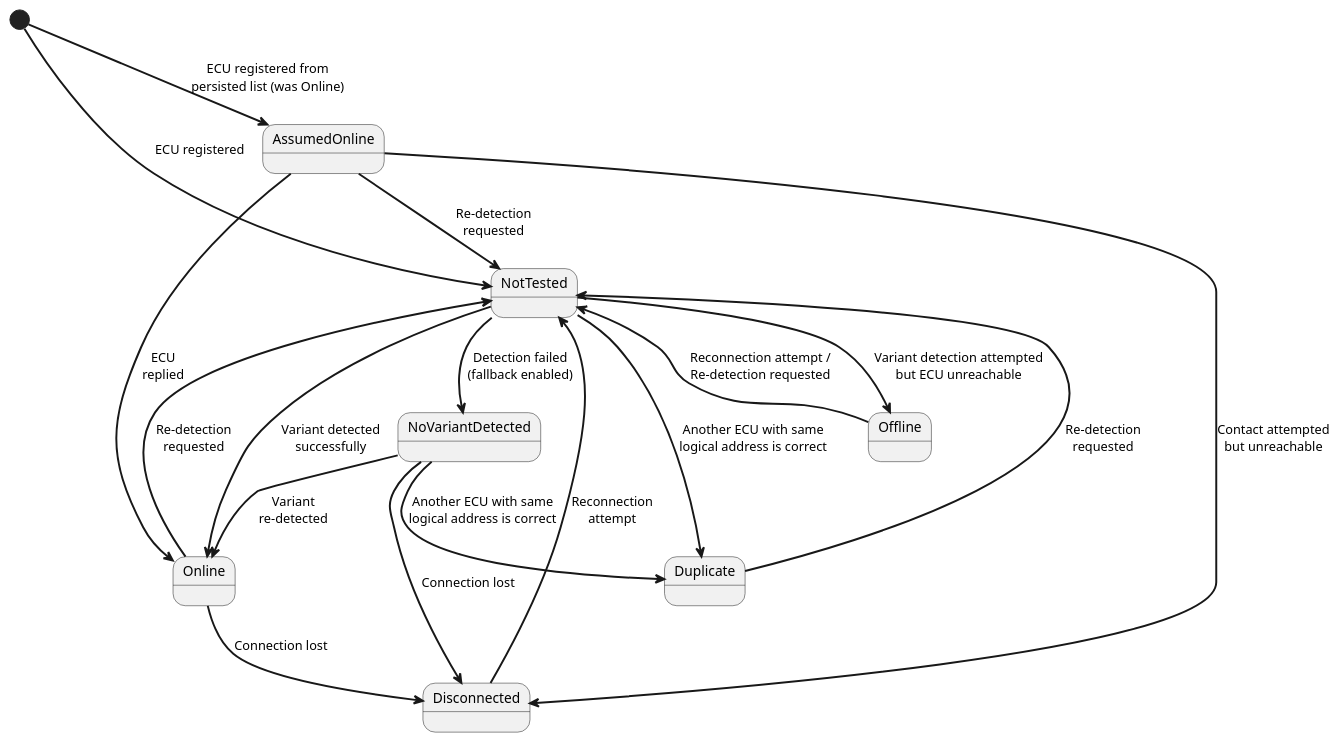
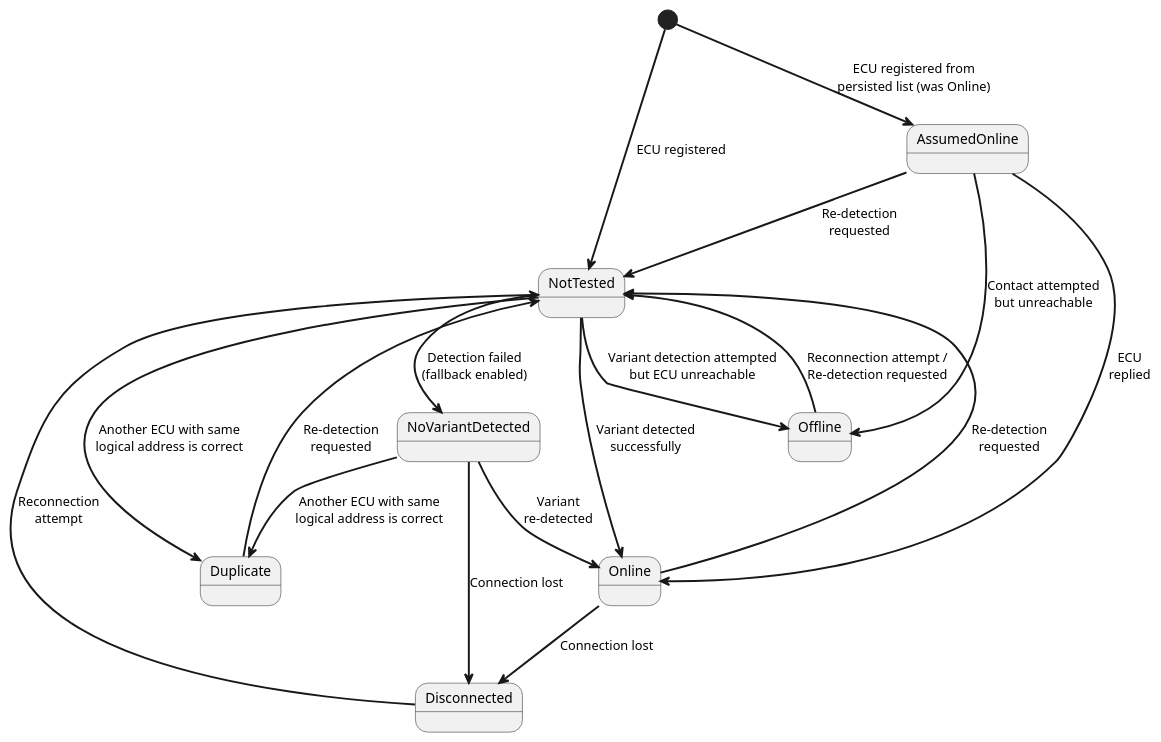
Before and after one commit to eclipse-opensovd/classic-diagnostic-adapter: the second of 2 diagrams in docs/02_requirements/03_diagnostic_tester.rst, drawn with PlantUML. The commit also changed other lines of this file and 78 other files, not shown here.

```diff
--- a/docs/02_requirements/03_diagnostic_tester.rst
+++ b/docs/02_requirements/03_diagnostic_tester.rst
@@ -416,53 +427,53 @@
     .. uml::
         :caption: ECU State Chart
 
         @startuml
         skinparam backgroundColor #FFFFFF
         skinparam stateArrowThickness 2
 
         [*] --> NotTested : ECU registered
         [*] --> AssumedOnline : ECU registered from\npersisted list (was Online)
 
         state NotTested {
         }
 
         state Online {
         }
 
         state AssumedOnline {
         }
 
         state NoVariantDetected {
         }
 
         state Duplicate {
         }
 
         state Offline {
         }
 
         state Disconnected {
         }
 
         NotTested --> Online : Variant detected\nsuccessfully
         NotTested --> NoVariantDetected : Detection failed\n(fallback enabled)
         NotTested --> Duplicate : Another ECU with same\nlogical address is correct
         NotTested --> Offline : Variant detection attempted\nbut ECU unreachable
 
         Offline --> NotTested : Reconnection attempt /\nRe-detection requested
 
         Online --> Disconnected : Connection lost
         Online --> NotTested : Re-detection\nrequested
 
         AssumedOnline --> Online : ECU\nreplied
-        AssumedOnline --> Disconnected : Contact attempted\nbut unreachable
+        AssumedOnline --> Offline : Contact attempted\nbut unreachable
         AssumedOnline --> NotTested : Re-detection\nrequested
 
         NoVariantDetected --> Online : Variant\nre-detected
         NoVariantDetected --> Duplicate : Another ECU with same\nlogical address is correct
         NoVariantDetected --> Disconnected : Connection lost
 
         Duplicate --> NotTested : Re-detection\nrequested
 
         Disconnected --> NotTested : Reconnection\nattempt
         @enduml
```
